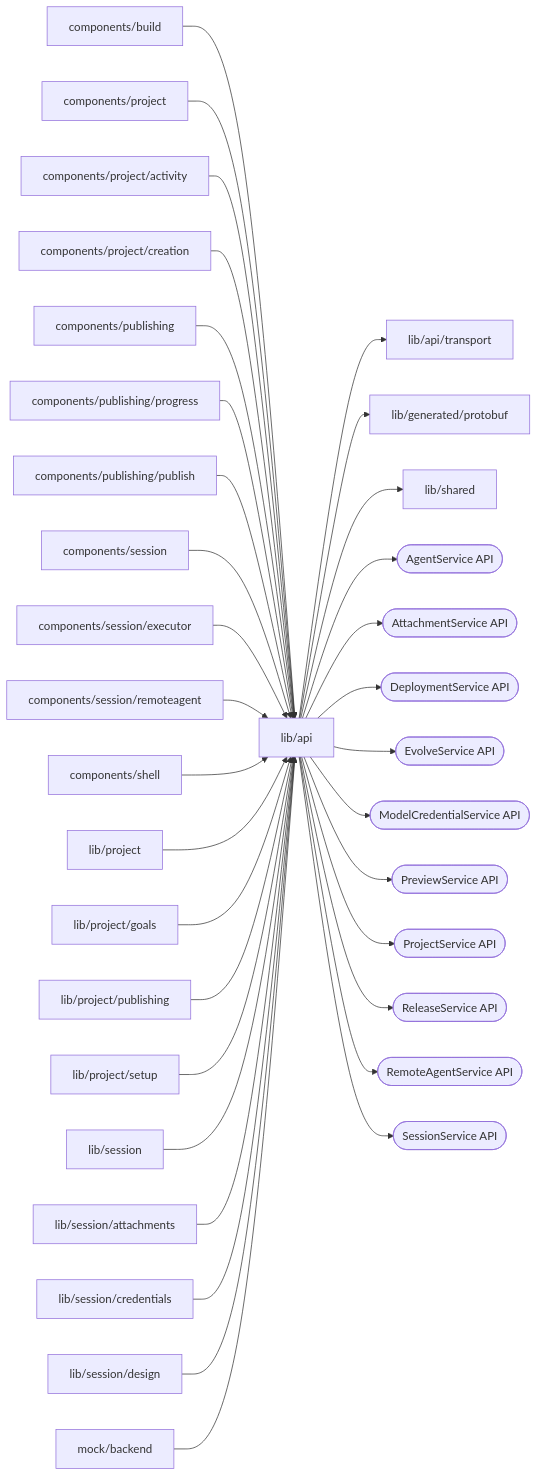
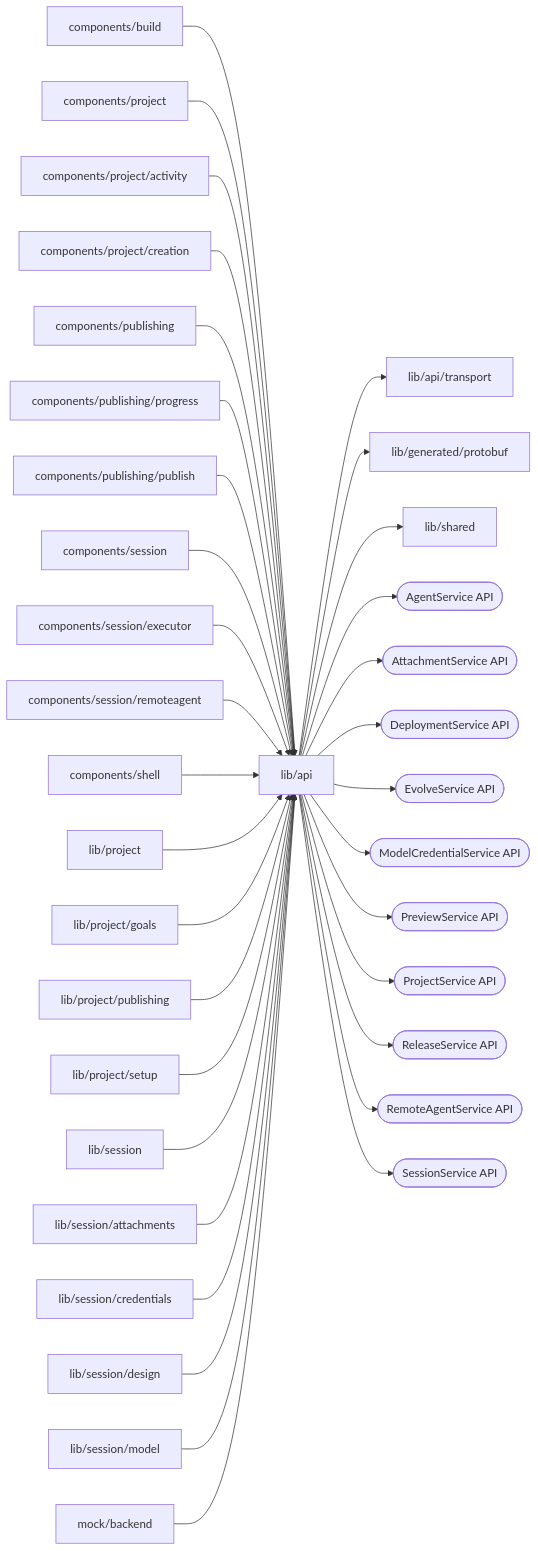
One commit to superdurable/superverse changed the diagram in web/studio/lib/api/README.md. Above: the diagram before and after it, drawn with Mermaid. The commit also changed other lines of this file and 75 other files, not shown here.

````diff
--- a/web/studio/lib/api/README.md
+++ b/web/studio/lib/api/README.md
@@ -10,37 +10,38 @@
 ```mermaid
 flowchart LR
   self["lib/api"]
   c0["components/build"] --> self
   c1["components/project"] --> self
   c2["components/project/activity"] --> self
   c3["components/project/creation"] --> self
   c4["components/publishing"] --> self
   c5["components/publishing/progress"] --> self
   c6["components/publishing/publish"] --> self
   c7["components/session"] --> self
   c8["components/session/executor"] --> self
   c9["components/session/remoteagent"] --> self
   c10["components/shell"] --> self
   c11["lib/project"] --> self
   c12["lib/project/goals"] --> self
   c13["lib/project/publishing"] --> self
   c14["lib/project/setup"] --> self
   c15["lib/session"] --> self
   c16["lib/session/attachments"] --> self
   c17["lib/session/credentials"] --> self
   c18["lib/session/design"] --> self
-  c19["mock/backend"] --> self
+  c19["lib/session/model"] --> self
+  c20["mock/backend"] --> self
   self --> d0["lib/api/transport"]
   self --> d1["lib/generated/protobuf"]
   self --> d2["lib/shared"]
   self --> e0(["AgentService API"])
   self --> e1(["AttachmentService API"])
   self --> e2(["DeploymentService API"])
   self --> e3(["EvolveService API"])
   self --> e4(["ModelCredentialService API"])
   self --> e5(["PreviewService API"])
   self --> e6(["ProjectService API"])
   self --> e7(["ReleaseService API"])
   self --> e8(["RemoteAgentService API"])
   self --> e9(["SessionService API"])
 ```
````
